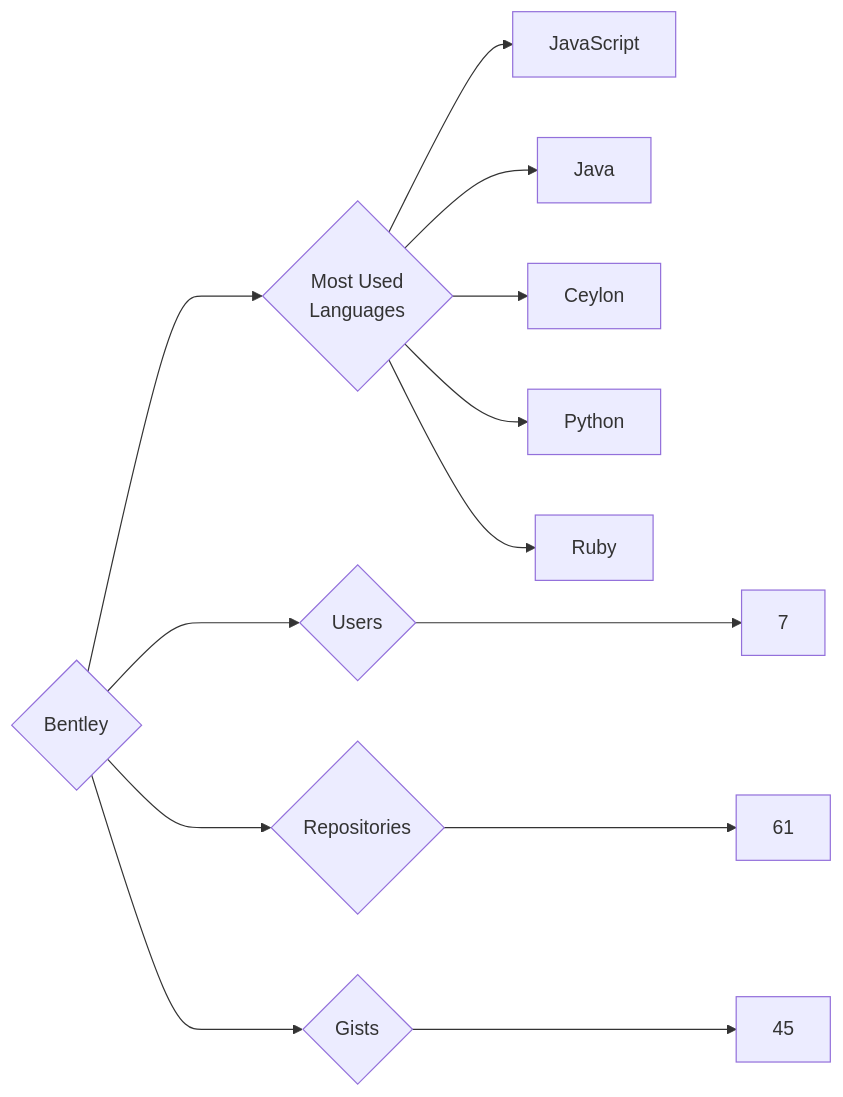
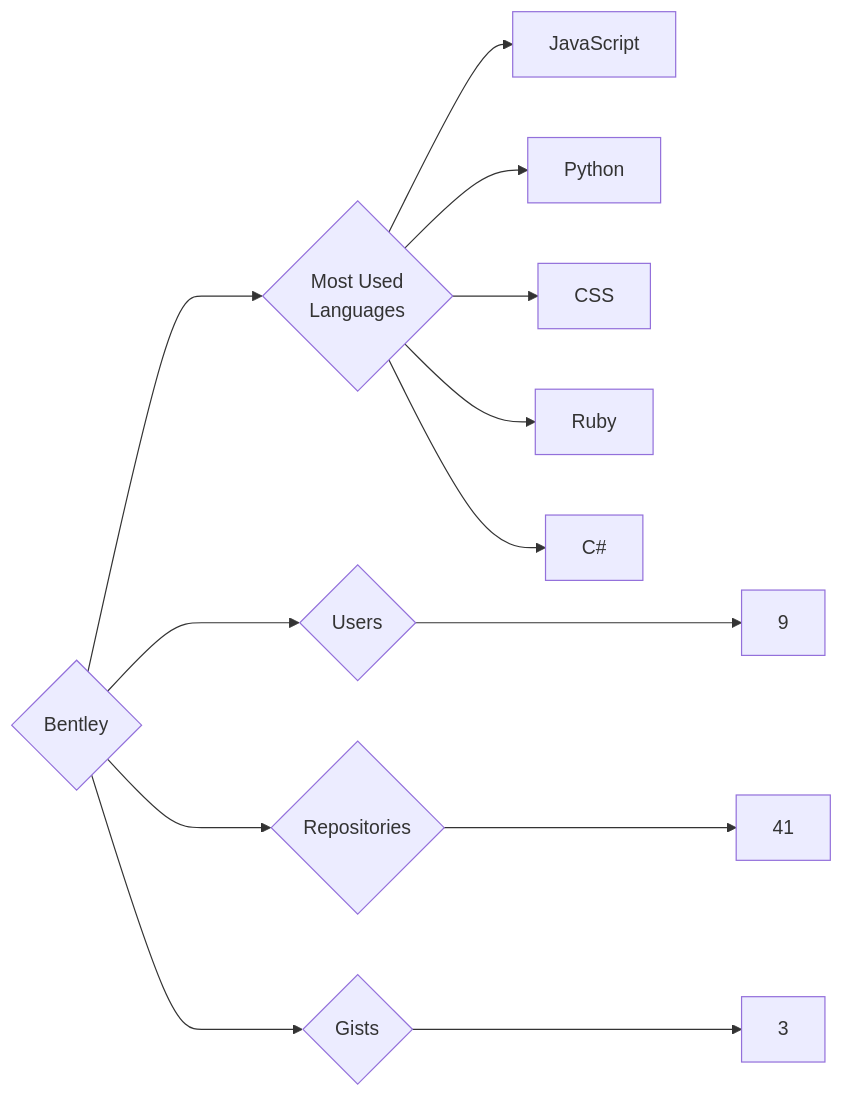
Before and after one commit to trickest/insiders: the diagram in targets/Bentley/README.md, drawn with Mermaid. The commit also changed 1175 other files, not shown here.

````diff
--- a/targets/Bentley/README.md
+++ b/targets/Bentley/README.md
@@ -3,13 +3,13 @@
 ```mermaid
 graph LR
 COMPANY_NAME{Bentley}
-COMPANY_NAME ---> U{Users} ---> UN[7]
-COMPANY_NAME ---> R{Repositories} ---> RN[61]
-COMPANY_NAME ---> G{Gists} ---> GN[45]
+COMPANY_NAME ---> U{Users} ---> UN[9]
+COMPANY_NAME ---> R{Repositories} ---> RN[41]
+COMPANY_NAME ---> G{Gists} ---> GN[3]
 COMPANY_NAME ---> ML{Most Used<br>Languages}
 ML --> JavaScript[JavaScript]
-ML --> Java[Java]
-ML --> Ceylon[Ceylon]
 ML --> Python[Python]
+ML --> CSS[CSS]
 ML --> Ruby[Ruby]
+ML --> C#[C#]
 ```
````
